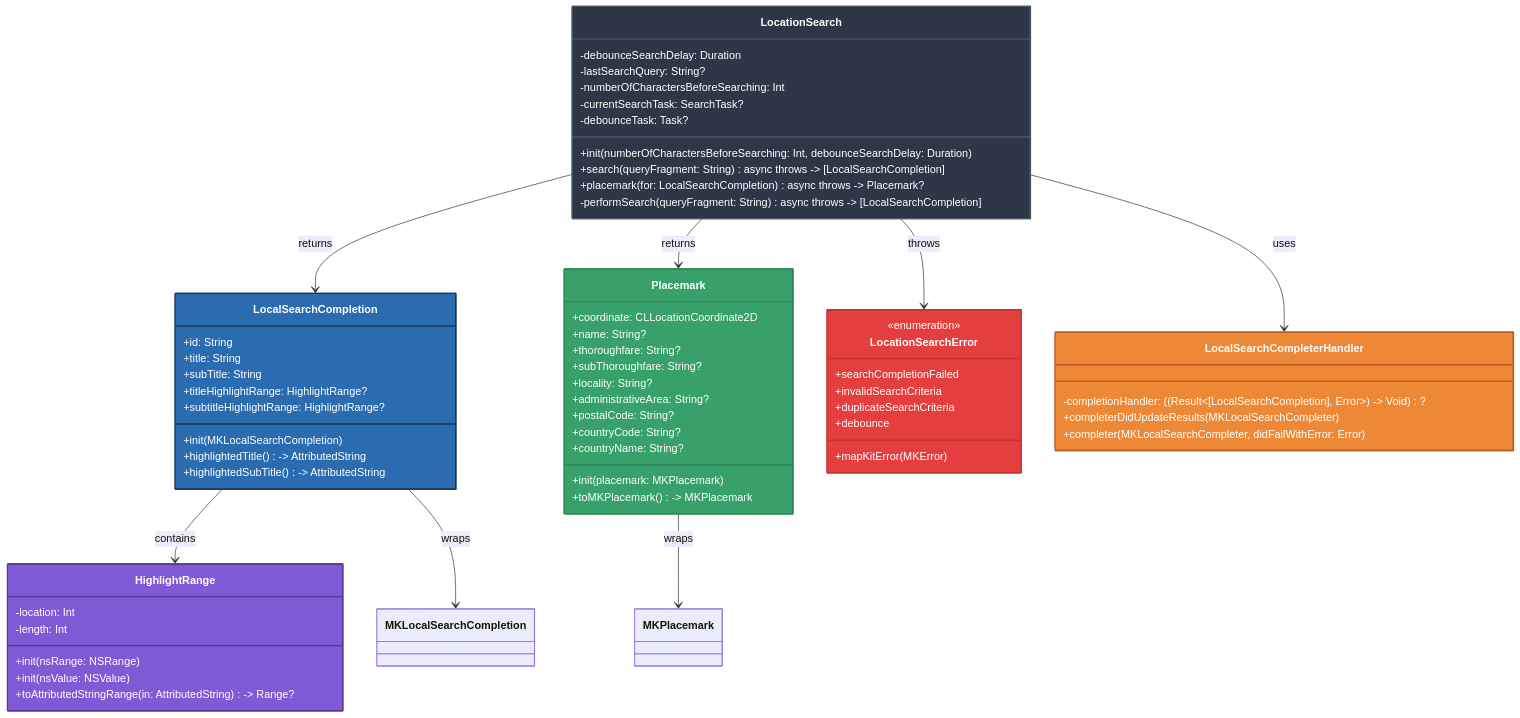
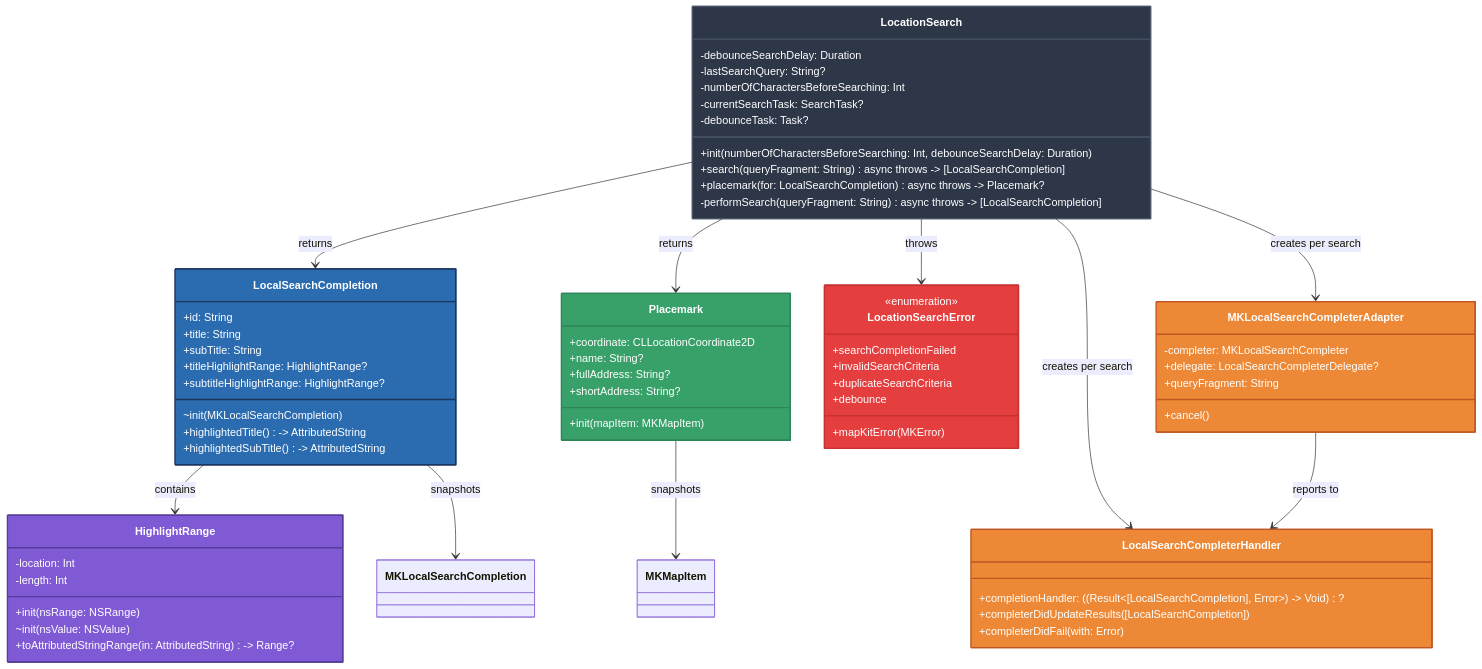
One commit to kraigspear/MapKitSwiftSearch changed the first of 3 diagrams in docs/Architecture.md. Above: the diagram before and after it, drawn with Mermaid. The commit also changed other lines of this file and 13 other files, not shown here.

````diff
--- a/docs/Architecture.md
+++ b/docs/Architecture.md
@@ -20,77 +20,81 @@
 ```mermaid
 classDiagram
     class LocationSearch {
         -debounceSearchDelay: Duration
         -lastSearchQuery: String?
         -numberOfCharactersBeforeSearching: Int
         -currentSearchTask: SearchTask?
         -debounceTask: Task<Bool, Never>?
         +init(numberOfCharactersBeforeSearching: Int, debounceSearchDelay: Duration)
         +search(queryFragment: String) async throws -> [LocalSearchCompletion]
         +placemark(for: LocalSearchCompletion) async throws -> Placemark?
         -performSearch(queryFragment: String) async throws -> [LocalSearchCompletion]
     }
     
     class LocalSearchCompletion {
         +id: String
         +title: String
         +subTitle: String
         +titleHighlightRange: HighlightRange?
         +subtitleHighlightRange: HighlightRange?
-        +init(MKLocalSearchCompletion)
+        ~init(MKLocalSearchCompletion)
         +highlightedTitle() -> AttributedString
         +highlightedSubTitle() -> AttributedString
     }
     
     class Placemark {
         +coordinate: CLLocationCoordinate2D
         +name: String?
-        +thoroughfare: String?
-        +subThoroughfare: String?
-        +locality: String?
-        +administrativeArea: String?
-        +postalCode: String?
-        +countryCode: String?
-        +countryName: String?
-        +init(placemark: MKPlacemark)
-        +toMKPlacemark() -> MKPlacemark
+        +fullAddress: String?
+        +shortAddress: String?
+        +init(mapItem: MKMapItem)
     }
     
     class HighlightRange {
         -location: Int
         -length: Int
         +init(nsRange: NSRange)
-        +init(nsValue: NSValue)
+        ~init(nsValue: NSValue)
         +toAttributedStringRange(in: AttributedString) -> Range<AttributedString.Index>?
     }
     
     class LocationSearchError {
         <<enumeration>>
         +searchCompletionFailed
         +mapKitError(MKError)
         +invalidSearchCriteria
         +duplicateSearchCriteria
         +debounce
     }
     
+    class MKLocalSearchCompleterAdapter {
+        -completer: MKLocalSearchCompleter
+        +delegate: LocalSearchCompleterDelegate?
+        +queryFragment: String
+        +cancel()
+    }
+
     class LocalSearchCompleterHandler {
-        -completionHandler: ((Result<[LocalSearchCompletion], Error>) -> Void)?
-        +completerDidUpdateResults(MKLocalSearchCompleter)
-        +completer(MKLocalSearchCompleter, didFailWithError: Error)
+        +completionHandler: ((Result<[LocalSearchCompletion], Error>) -> Void)?
+        +completerDidUpdateResults([LocalSearchCompletion])
+        +completerDidFail(with: Error)
     }
     
     LocationSearch --> LocalSearchCompletion : returns
     LocationSearch --> Placemark : returns
     LocationSearch --> LocationSearchError : throws
-    LocationSearch --> LocalSearchCompleterHandler : uses
+    LocationSearch --> MKLocalSearchCompleterAdapter : creates per search
+    LocationSearch --> LocalSearchCompleterHandler : creates per search
+    MKLocalSearchCompleterAdapter --> LocalSearchCompleterHandler : reports to
     LocalSearchCompletion --> HighlightRange : contains
-    LocalSearchCompletion --> MKLocalSearchCompletion : wraps
-    Placemark --> MKPlacemark : wraps
+    LocalSearchCompletion --> MKLocalSearchCompletion : snapshots
+    Placemark --> MKMapItem : snapshots
 
     style LocationSearch fill:#2d3748,stroke:#4a5568,stroke-width:2px,color:#ffffff
     style LocalSearchCompletion fill:#2b6cb1,stroke:#1a365d,stroke-width:2px,color:#ffffff
     style Placemark fill:#38a169,stroke:#2f855a,stroke-width:2px,color:#ffffff
     style HighlightRange fill:#805ad5,stroke:#553c9a,stroke-width:2px,color:#ffffff
     style LocationSearchError fill:#e53e3e,stroke:#c53030,stroke-width:2px,color:#ffffff
     style LocalSearchCompleterHandler fill:#ed8936,stroke:#c05621,stroke-width:2px,color:#ffffff
+    style MKLocalSearchCompleterAdapter fill:#ed8936,stroke:#c05621,stroke-width:2px,color:#ffffff
 ```
````
